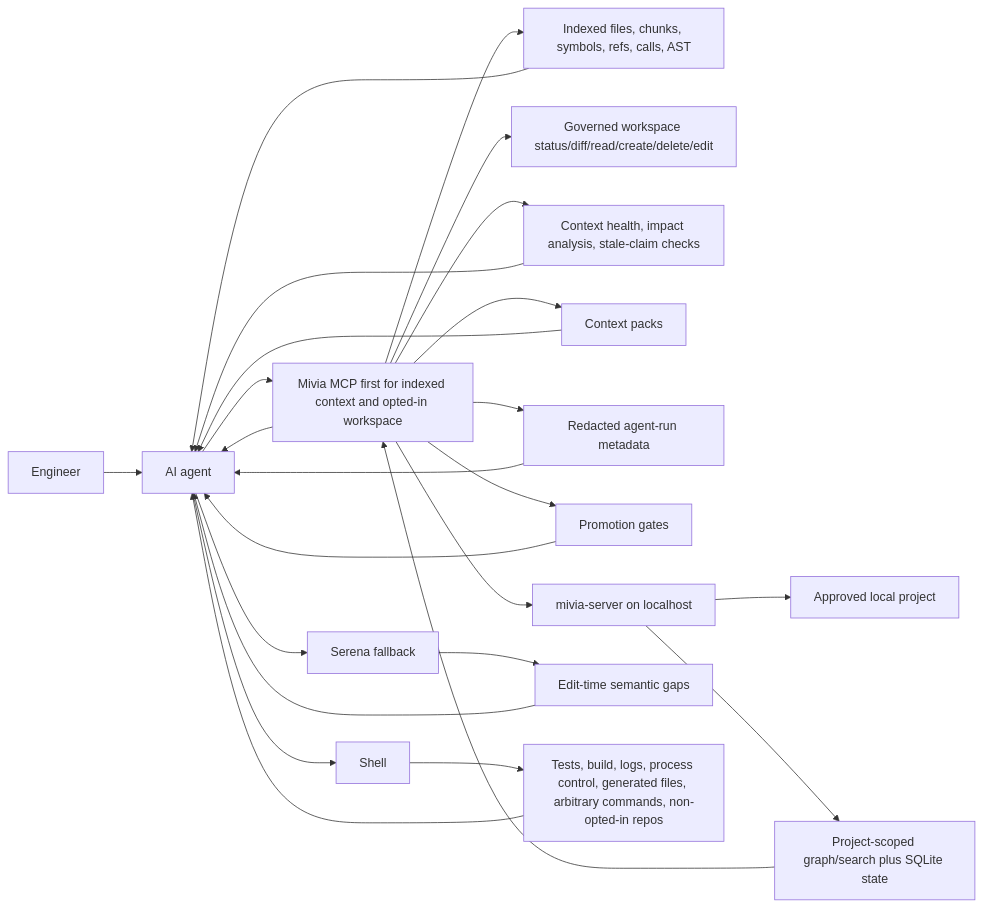
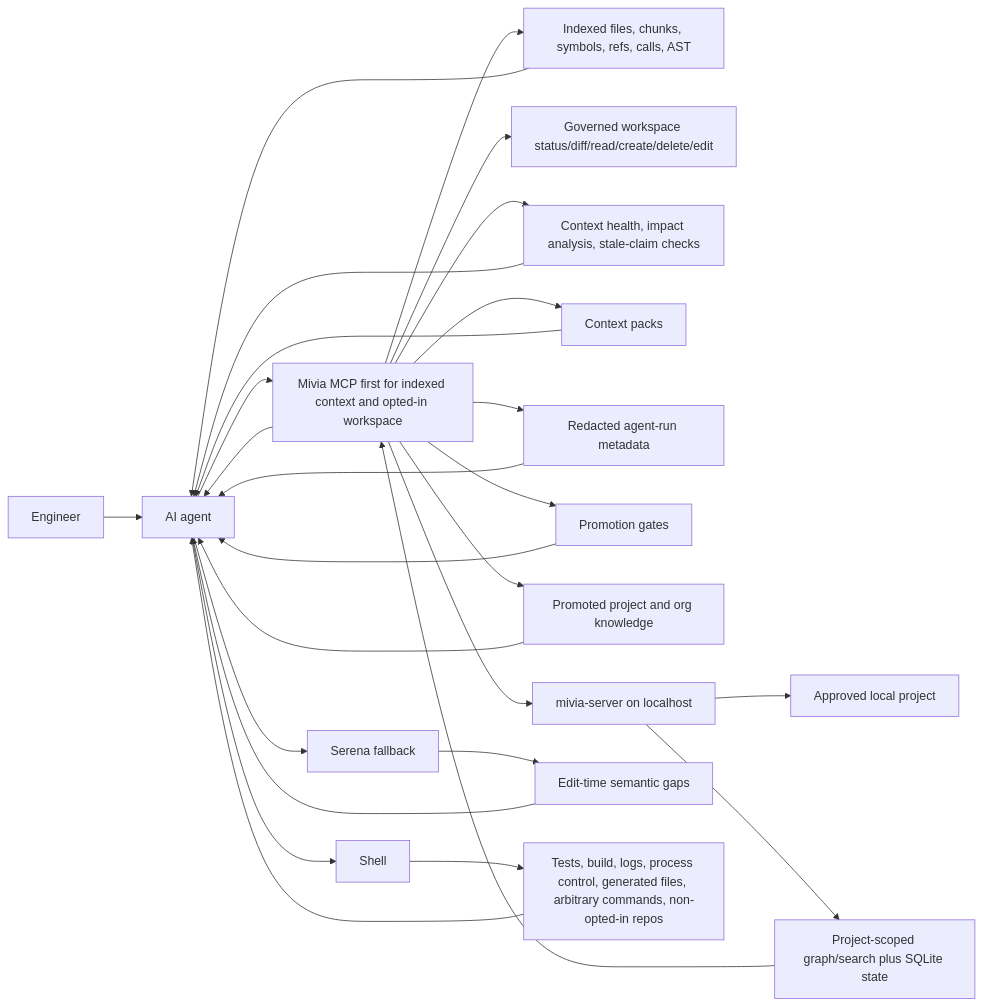
Before and after one commit to MiviaLabs/go-mivia: the diagram in docs/agent-context-guide.md, drawn with Mermaid. The commit also changed other lines of this file and 30 other files, not shown here.

````diff
--- a/docs/agent-context-guide.md
+++ b/docs/agent-context-guide.md
@@ -20,27 +20,29 @@
 ```mermaid
 flowchart LR
   Engineer["Engineer"] --> Agent["AI agent"]
   Agent --> MCP["Mivia MCP first for indexed context and opted-in workspace"]
   Agent --> Serena["Serena fallback"]
   Agent --> Shell["Shell"]
   MCP --> Indexed["Indexed files, chunks, symbols, refs, calls, AST"]
   MCP --> Workspace["Governed workspace status/diff/read/create/delete/edit"]
   MCP --> Reliability["Context health, impact analysis, stale-claim checks"]
   MCP --> ContextPack["Context packs"]
   MCP --> AgentRuns["Redacted agent-run metadata"]
   MCP --> Promotion["Promotion gates"]
+  MCP --> Knowledge["Promoted project and org knowledge"]
   MCP --> Server["mivia-server on localhost"]
   Server --> Project["Approved local project"]
   Server --> Store["Project-scoped graph/search plus SQLite state"]
   Store --> MCP
   Indexed --> Agent
   Reliability --> Agent
   ContextPack --> Agent
   AgentRuns --> Agent
   Promotion --> Agent
+  Knowledge --> Agent
   Serena --> Code["Edit-time semantic gaps"]
   Shell --> Disk["Tests, build, logs, process control, generated files, arbitrary commands, non-opted-in repos"]
   Code --> Agent
   Disk --> Agent
   MCP --> Agent
 ```
````
